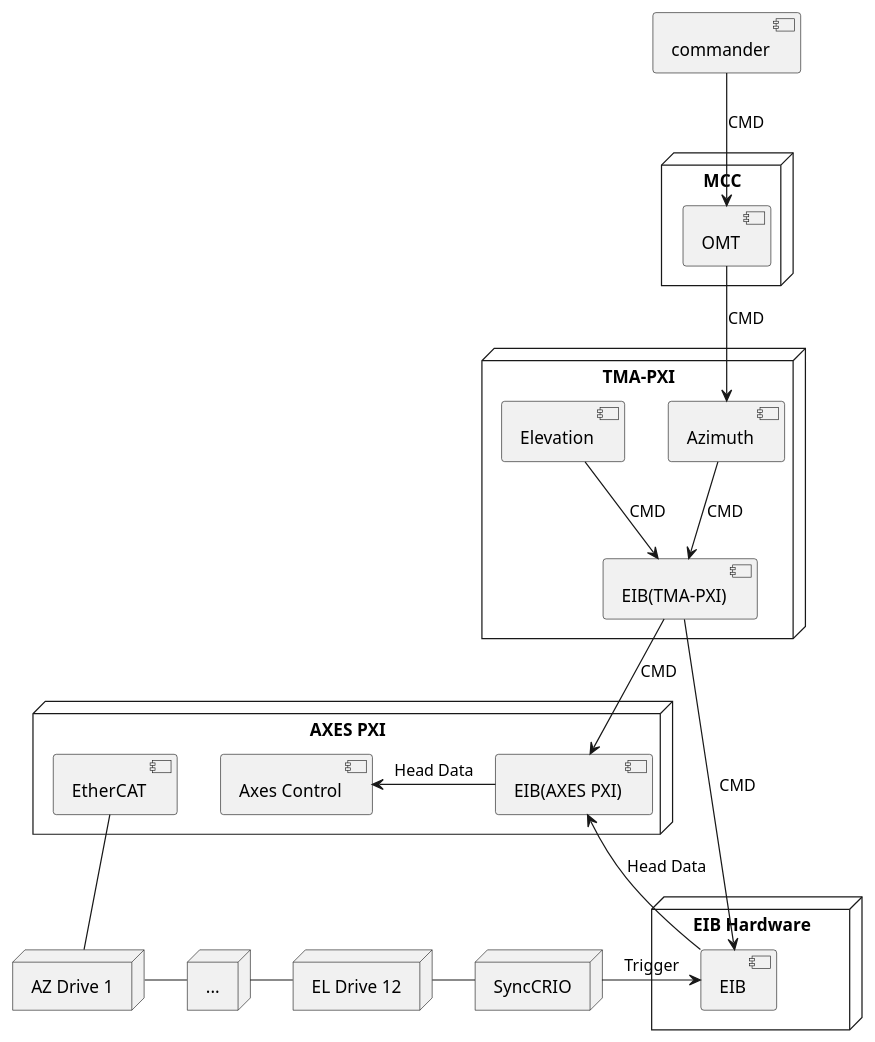
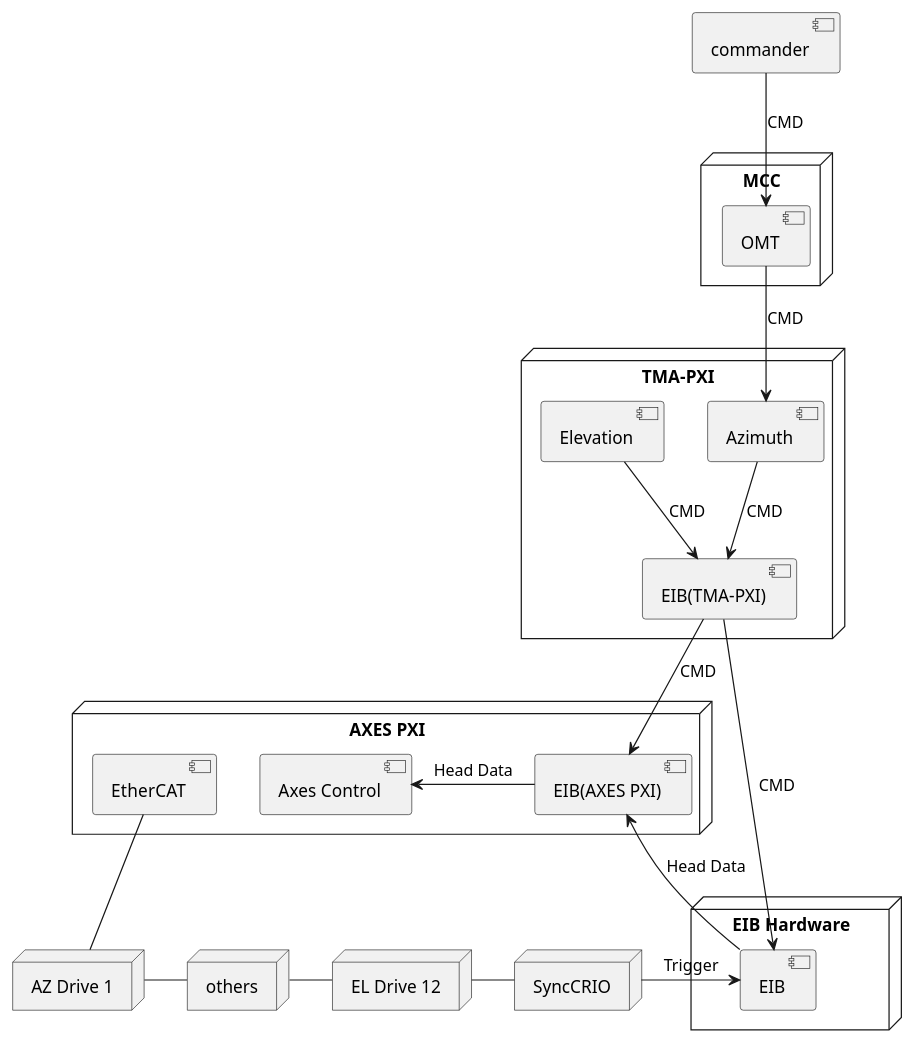
Before and after one commit to lsst-ts/ts_tma_tma-documentation_pxi-controller_documentation: the first of 2 diagrams in 06 Subsystem EIB/00 Introduction.md, drawn with PlantUML. The commit also changed 1 other file, not shown here.

Commit message:
chore: fixing file test

````diff
--- a/06 Subsystem EIB/00 Introduction.md
+++ b/06 Subsystem EIB/00 Introduction.md
@@ -13,39 +13,39 @@
 ```plantuml
 @startuml
 node "MCC"{
     [OMT]
 }
 node "TMA-PXI"{
     [Azimuth]
     [Elevation]
     [EIB(TMA-PXI)]
 }
 node "AXES PXI"{
     [EIB(AXES PXI)]
     [Axes Control]
     [EtherCAT]
 }
 node "EIB Hardware"{
     [EIB]
 }
 node "SyncCRIO"
 node "AZ Drive 1"
-node "..."
+node others
 node "EL Drive 12"
 [commander]-down->[OMT]:CMD
 [OMT]-down->[Azimuth]:CMD
 [Azimuth]-down->[EIB(TMA-PXI)]:CMD
 [Elevation]-down->[EIB(TMA-PXI)]:CMD
 [EIB(TMA-PXI)]-down->[EIB(AXES PXI)]:CMD
 [EIB(AXES PXI)]-left->[Axes Control]:Head Data
 [EIB(TMA-PXI)]-down->[EIB]:CMD
 [EIB]-up->[EIB(AXES PXI)]:Head Data
 
 [EtherCAT] -down- "AZ Drive 1"
-"AZ Drive 1" -right- "..."
-"..." -right- "EL Drive 12"
+"AZ Drive 1" -right- others
+others -right- "EL Drive 12"
 "EL Drive 12" -right- SyncCRIO
 SyncCRIO-right--> EIB :Trigger
 
 @enduml
 ```
````
